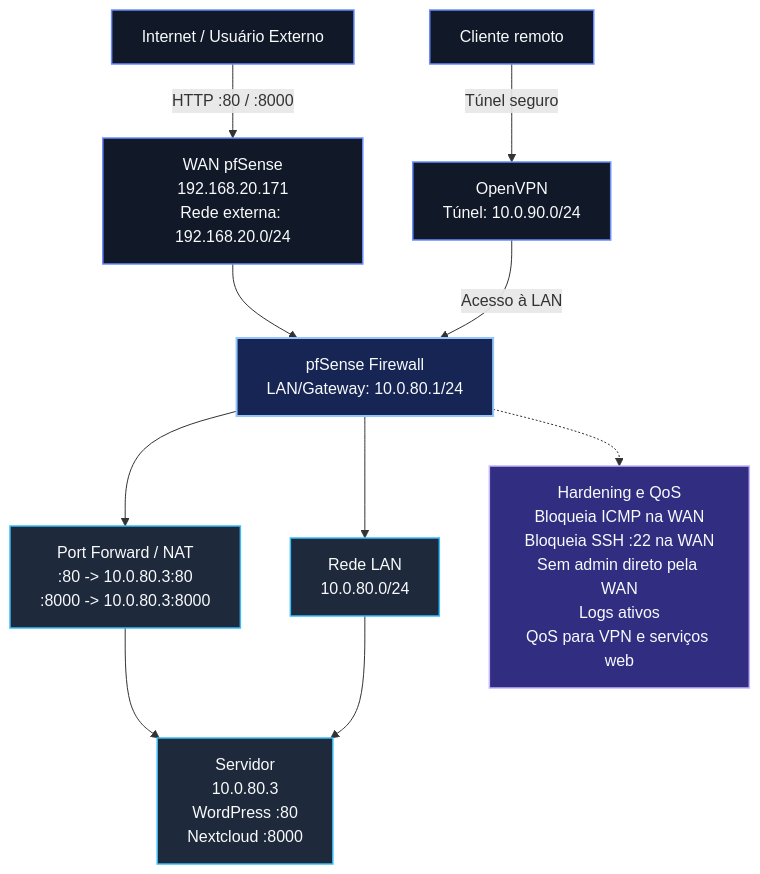
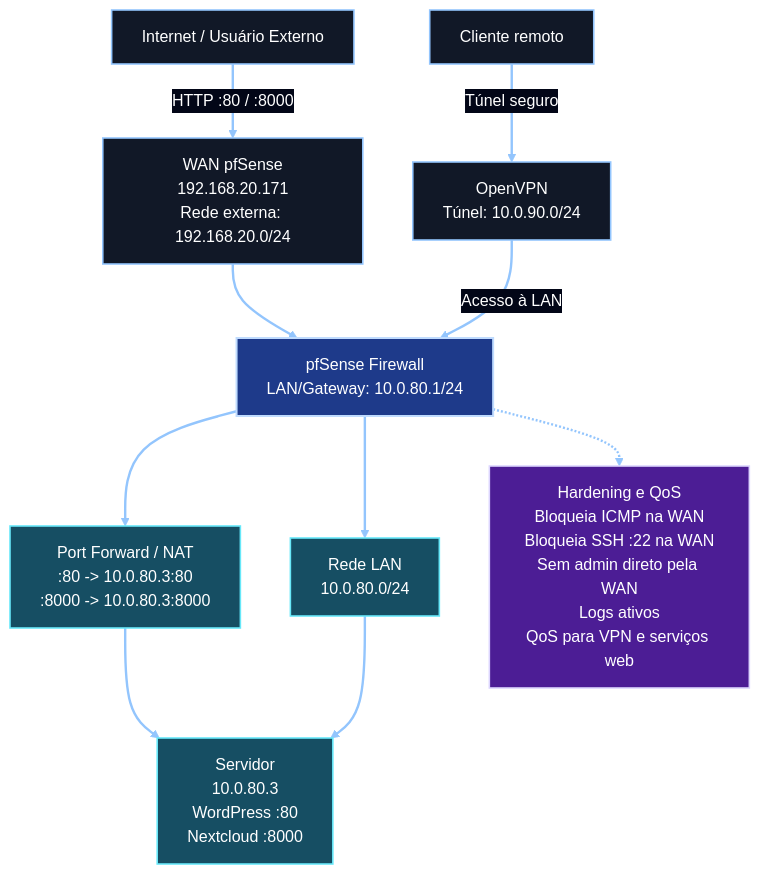
The diagram in docs/relatorio/index.md (pedronery07/insper.techacker.roteiro3), drawn with Mermaid before and after one commit. The commit also changed other lines of this file and 6 other files, not shown here.

````diff
--- a/docs/relatorio/index.md
+++ b/docs/relatorio/index.md
@@ -35,34 +85,36 @@
 ```mermaid
-%%{init: {"flowchart": {"htmlLabels": true, "curve": "basis"}, "themeVariables": {"fontSize": "16px"}} }%%
+%%{init: {"theme": "base", "themeCSS": ".nodeLabel,.nodeLabel *,.label,.label *,.edgeLabel,.edgeLabel *{color:#ffffff!important}.label text,text{fill:#ffffff!important}.edgeLabel,.edgeLabel span,.edgeLabel div,.edgeLabel p,.labelBkg{background-color:#020617!important;fill:#020617!important}.flowchart-link,marker path{stroke:#93c5fd!important}", "flowchart": {"htmlLabels": true, "curve": "basis"}, "themeVariables": {"background": "#020617", "edgeLabelBackground": "#020617", "fontFamily": "Arial, sans-serif", "fontSize": "16px", "lineColor": "#93c5fd", "nodeTextColor": "#ffffff", "primaryTextColor": "#ffffff", "textColor": "#ffffff"}} }%%
 flowchart TB
     external["Internet / Usuário Externo"]
     wan["WAN pfSense<br/>192.168.20.171<br/>Rede externa: 192.168.20.0/24"]
     pfsense["pfSense Firewall<br/>LAN/Gateway: 10.0.80.1/24"]
     nat["Port Forward / NAT<br/>:80 -> 10.0.80.3:80<br/>:8000 -> 10.0.80.3:8000"]
     lan["Rede LAN<br/>10.0.80.0/24"]
     server["Servidor<br/>10.0.80.3<br/>WordPress :80<br/>Nextcloud :8000"]
     remote["Cliente remoto"]
     vpn["OpenVPN<br/>Túnel: 10.0.90.0/24"]
     rules["Hardening e QoS<br/>Bloqueia ICMP na WAN<br/>Bloqueia SSH :22 na WAN<br/>Sem admin direto pela WAN<br/>Logs ativos<br/>QoS para VPN e serviços web"]
 
     external -->|"HTTP :80 / :8000"| wan
     wan --> pfsense
     pfsense --> nat
     nat --> server
     pfsense --> lan
     lan --> server
 
     remote -->|"Túnel seguro"| vpn
     vpn -->|"Acesso à LAN"| pfsense
     pfsense -.-> rules
 
-    classDef endpoint fill:#111827,stroke:#6b8cff,color:#f8fafc,stroke-width:1.5px
-    classDef firewall fill:#172554,stroke:#93c5fd,color:#f8fafc,stroke-width:2px
-    classDef service fill:#1e293b,stroke:#38bdf8,color:#f8fafc,stroke-width:1.5px
-    classDef control fill:#312e81,stroke:#c4b5fd,color:#f8fafc,stroke-width:1.5px
+    linkStyle default stroke:#93c5fd,stroke-width:2.4px,color:#ffffff
+
+    classDef endpoint fill:#111827,stroke:#93c5fd,color:#ffffff,stroke-width:1.6px
+    classDef firewall fill:#1e3a8a,stroke:#bfdbfe,color:#ffffff,stroke-width:2px
+    classDef service fill:#164e63,stroke:#67e8f9,color:#ffffff,stroke-width:1.6px
+    classDef control fill:#4c1d95,stroke:#ddd6fe,color:#ffffff,stroke-width:1.6px
 
     class external,wan,remote,vpn endpoint
     class pfsense firewall
     class lan,server,nat service
     class rules control
 ```
````
